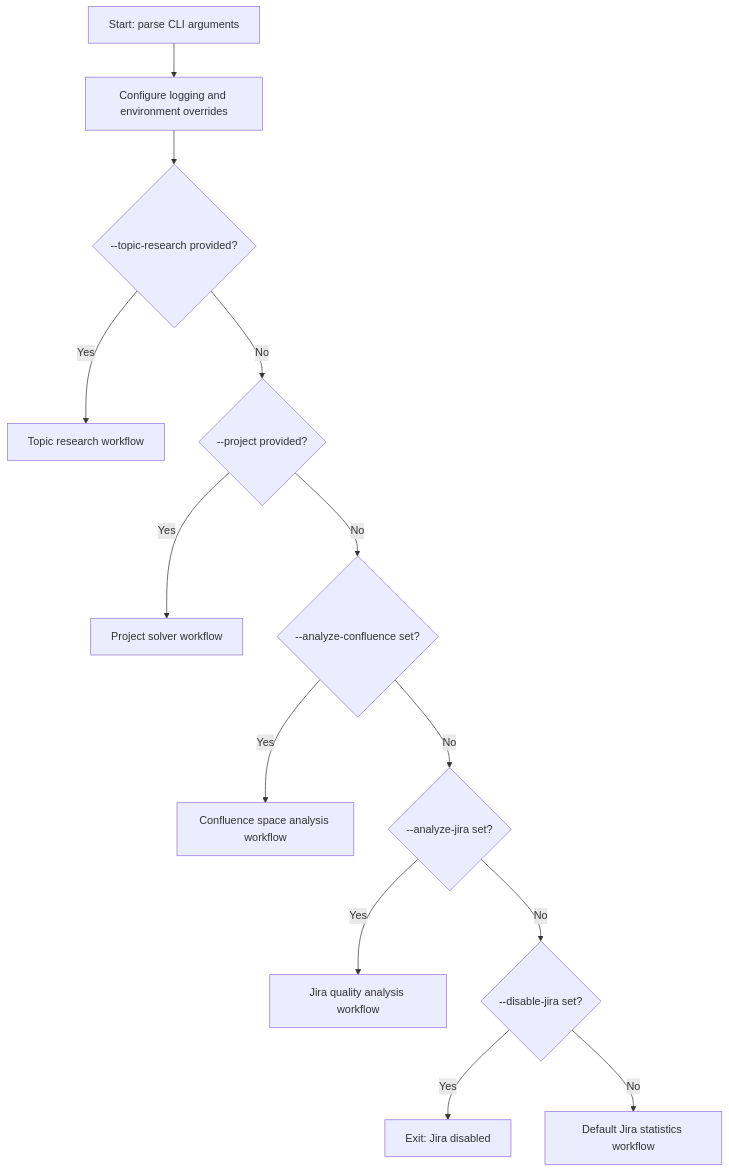
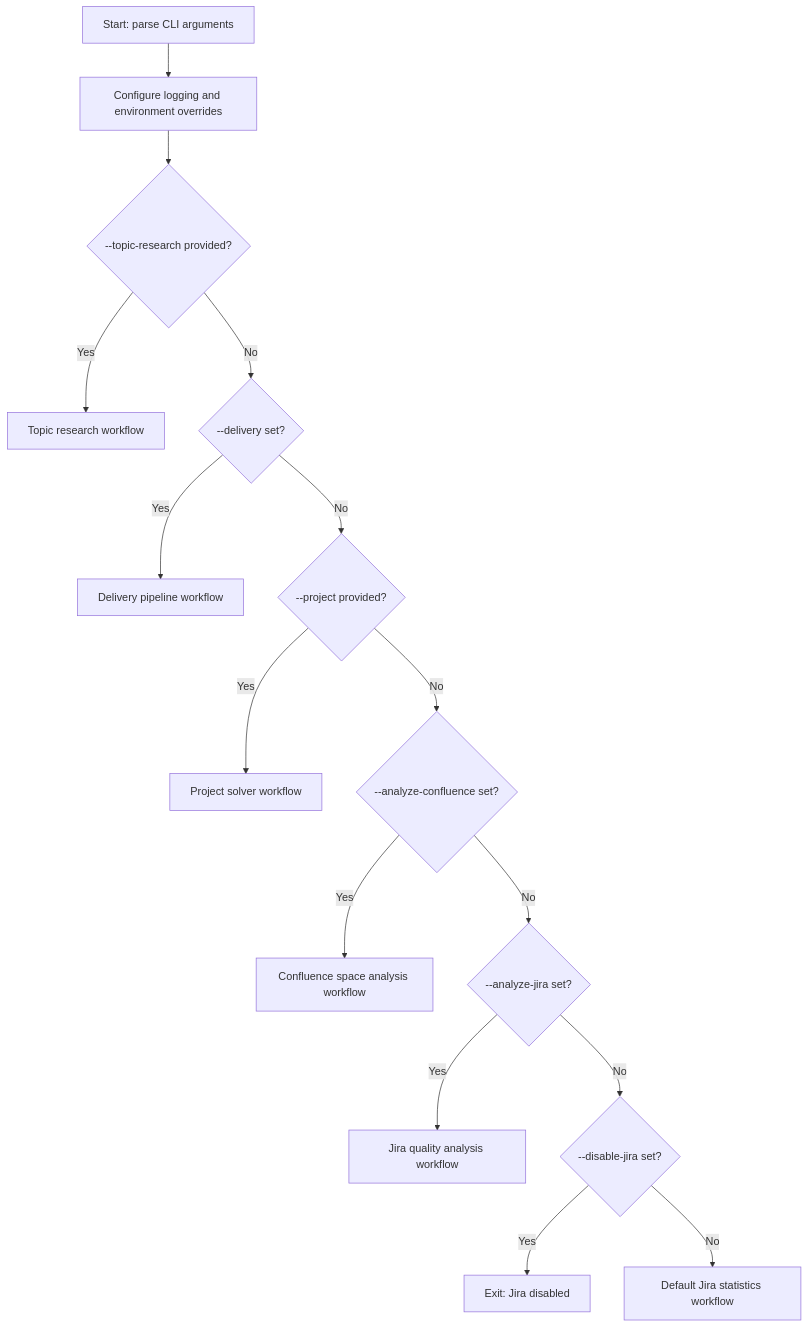
One commit to neuralmimicry/rag_demo changed the first of 7 diagrams in README.md. Above: the diagram before and after it, drawn with Mermaid. The commit also changed other lines of this file and 17 other files, not shown here.

````diff
--- a/README.md
+++ b/README.md
@@ -55,15 +57,17 @@
 ```mermaid
 flowchart TD
     A[Start: parse CLI arguments] --> B[Configure logging and environment overrides]
     B --> C{--topic-research provided?}
     C -- Yes --> TR[Topic research workflow]
-    C -- No --> D{--project provided?}
-    D -- Yes --> PS[Project solver workflow]
-    D -- No --> E{--analyze-confluence set?}
-    E -- Yes --> CF[Confluence space analysis workflow]
-    E -- No --> F{--analyze-jira set?}
-    F -- Yes --> JA[Jira quality analysis workflow]
-    F -- No --> G{--disable-jira set?}
-    G -- Yes --> H[Exit: Jira disabled]
-    G -- No --> JS[Default Jira statistics workflow]
+    C -- No --> D{--delivery set?}
+    D -- Yes --> DP[Delivery pipeline workflow]
+    D -- No --> E{--project provided?}
+    E -- Yes --> PS[Project solver workflow]
+    E -- No --> F{--analyze-confluence set?}
+    F -- Yes --> CF[Confluence space analysis workflow]
+    F -- No --> G{--analyze-jira set?}
+    G -- Yes --> JA[Jira quality analysis workflow]
+    G -- No --> H{--disable-jira set?}
+    H -- Yes --> I[Exit: Jira disabled]
+    H -- No --> JS[Default Jira statistics workflow]
 ```
````
